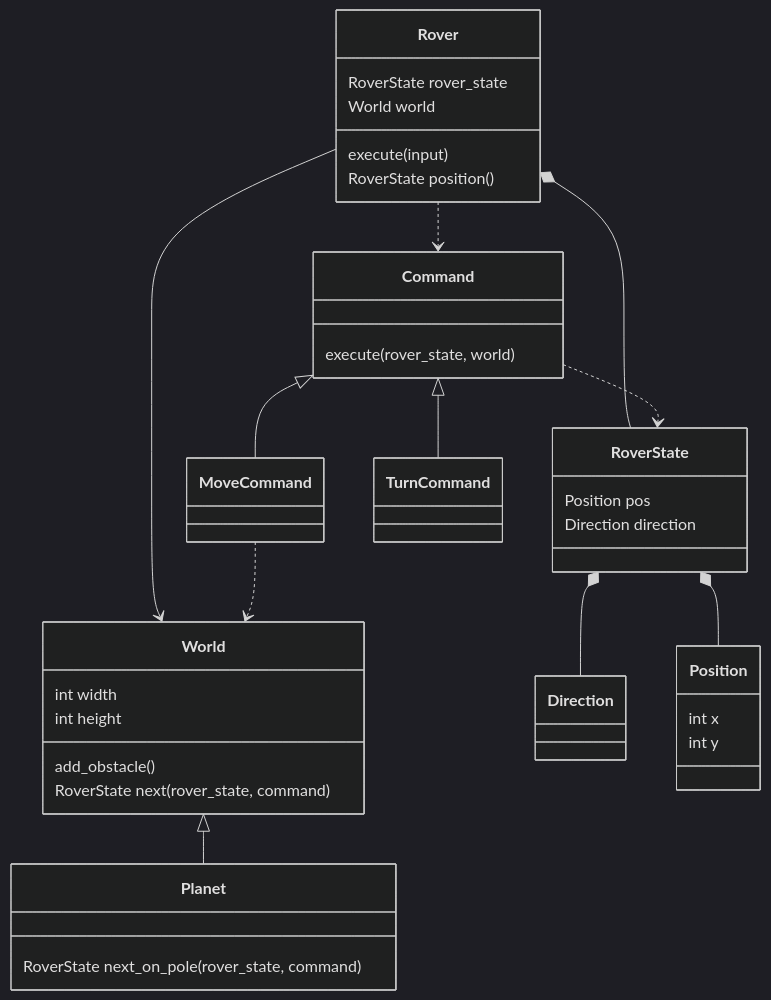
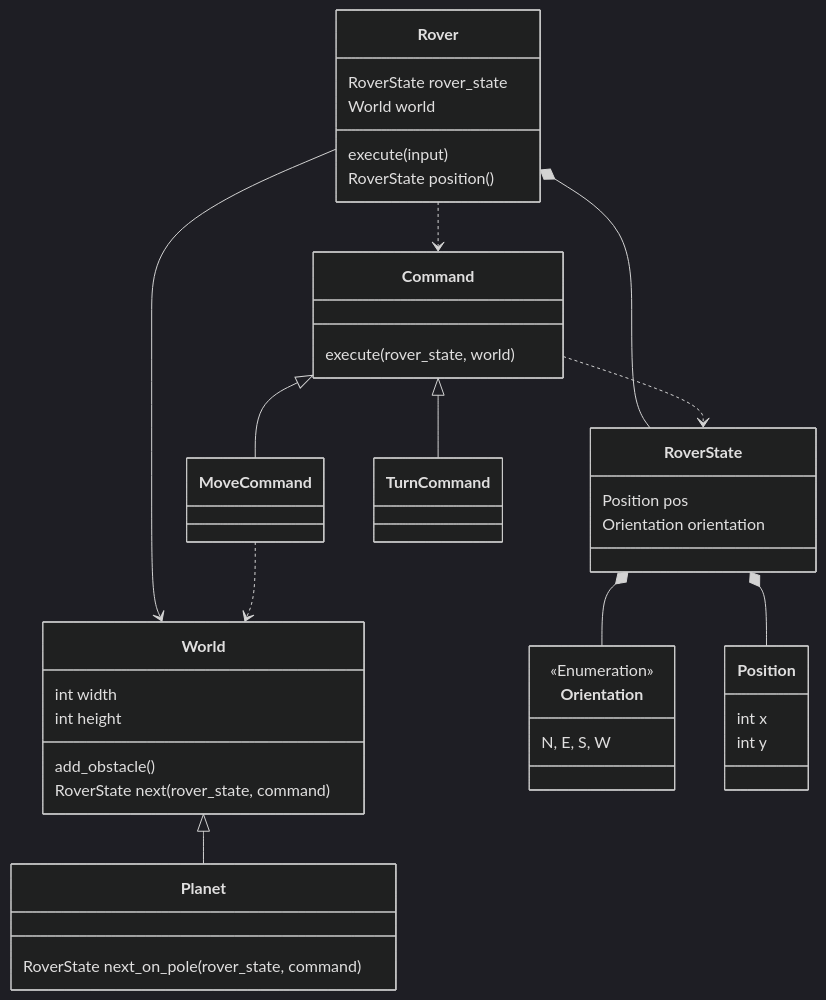
Before and after one commit to bkleinen/mars-rover-kata: the diagram in README.md, drawn with Mermaid (dark theme). The commit also changed other lines of this file, not shown here.

Commit message:
update mermaid

````diff
--- a/README.md
+++ b/README.md
@@ -47,46 +13,53 @@
 ```mermaid
 classDiagram
     World <|-- Planet
     class World{
         int width
         int height
         add_obstacle()
         RoverState next(rover_state, command)
     }
     class Planet{
       RoverState next_on_pole(rover_state, command)
     }
     class Rover{
         RoverState rover_state
         World world
         execute(input)
         RoverState position()
     }
     Rover ..> Command
     Rover *-- RoverState
-    RoverState *-- Direction
+    RoverState *-- Orientation
     RoverState *-- Position
     Rover --> World
     
     class RoverState{
       Position pos
-      Direction direction
+      Orientation orientation
       
     }
     class Position{
       int x
       int y
     }
+
+
+    class Orientation{
+      <<Enumeration>>
+      N, E, S, W
+    }
+     Orientation
 
     Command <|-- MoveCommand
     Command <|-- TurnCommand
     Command ..> RoverState
     MoveCommand ..> World
     class Command{
       execute(rover_state, world)
     }
-    Direction
+    
     
      
 
 ```
````
